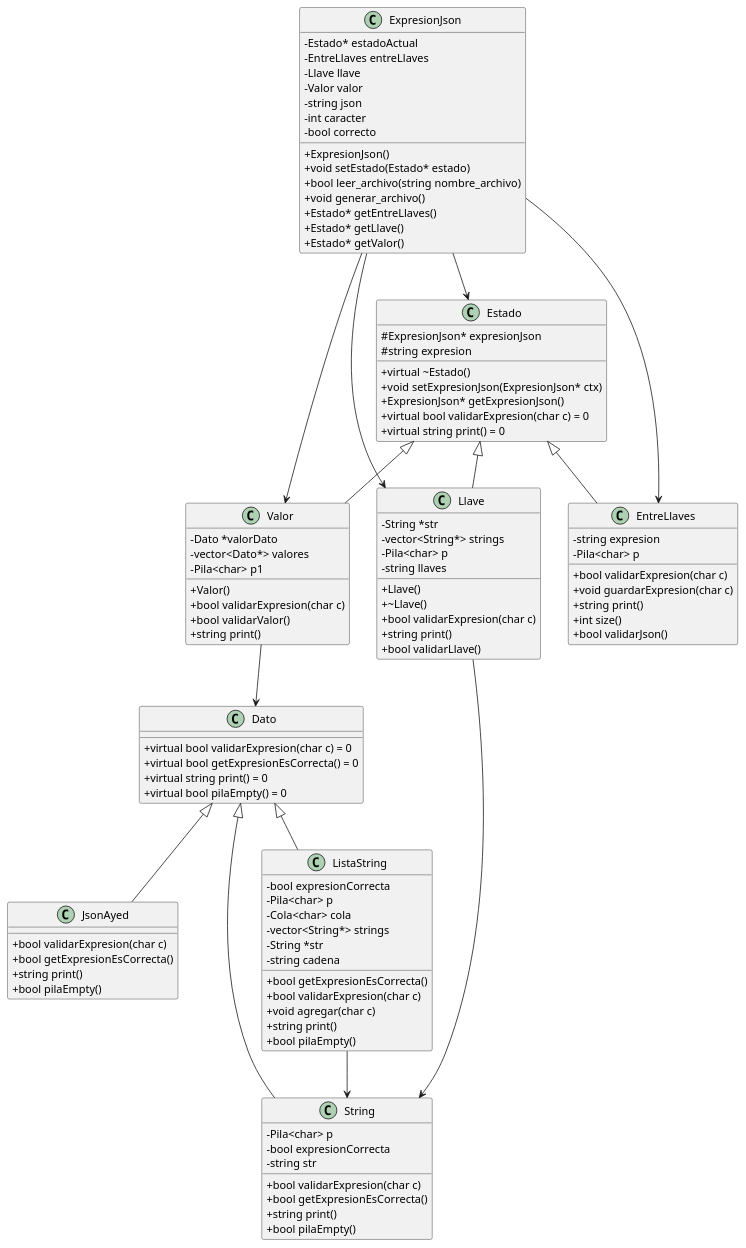
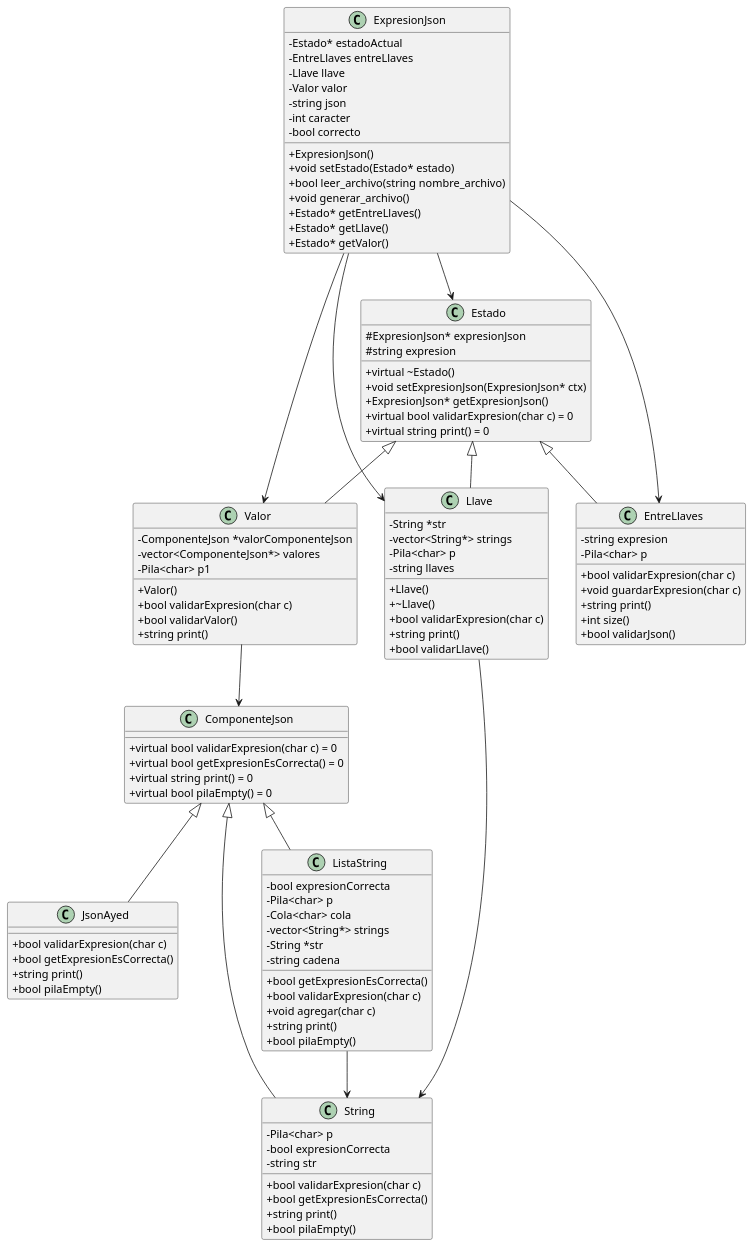
Before and after one commit to Fede108/Algoritmos-y-estructura-de-Datos: the diagram in Primer_Parcial/diagrama.puml, drawn with PlantUML. The commit also changed 15 other files, not shown here.

Commit message:
componente json

```diff
--- a/Primer_Parcial/diagrama.puml
+++ b/Primer_Parcial/diagrama.puml
@@ -1,114 +1,114 @@
 @startuml diagrama
 skinparam classAttributeIconSize 0
 
-class Dato {
+class ComponenteJson {
     +virtual bool validarExpresion(char c) = 0
     +virtual bool getExpresionEsCorrecta() = 0
     +virtual string print() = 0
     +virtual bool pilaEmpty() = 0
 }
 
 class JsonAyed {
     +bool validarExpresion(char c)
     +bool getExpresionEsCorrecta()
     +string print()
     +bool pilaEmpty()
 }
 
 class String {
     -Pila<char> p
     -bool expresionCorrecta
     -string str
     +bool validarExpresion(char c)
     +bool getExpresionEsCorrecta()
     +string print()
     +bool pilaEmpty()
 }
 
 class ListaString {
     -bool expresionCorrecta
     -Pila<char> p
     -Cola<char> cola
     -vector<String*> strings
     -String *str
     -string cadena
     +bool getExpresionEsCorrecta()
     +bool validarExpresion(char c)
     +void agregar(char c)
     +string print()
     +bool pilaEmpty()
 }
 
 class Estado {
     #ExpresionJson* expresionJson
     #string expresion
     +virtual ~Estado()
     +void setExpresionJson(ExpresionJson* ctx)
     +ExpresionJson* getExpresionJson()
     +virtual bool validarExpresion(char c) = 0
     +virtual string print() = 0
 }
 
 class EntreLlaves {
     -string expresion
     -Pila<char> p
     +bool validarExpresion(char c)
     +void guardarExpresion(char c)
     +string print()
     +int size()
     +bool validarJson()
 }
 
 class Llave {
     -String *str
     -vector<String*> strings
     -Pila<char> p
     -string llaves
     +Llave()
     +~Llave()
     +bool validarExpresion(char c)
     +string print()
     +bool validarLlave()
 }
 
 class Valor {
-    -Dato *valorDato
-    -vector<Dato*> valores
+    -ComponenteJson *valorComponenteJson
+    -vector<ComponenteJson*> valores
     -Pila<char> p1
     +Valor()
     +bool validarExpresion(char c)
     +bool validarValor()
     +string print()
 }
 
 class ExpresionJson {
     -Estado* estadoActual
     -EntreLlaves entreLlaves
     -Llave llave
     -Valor valor
     -string json
     -int caracter
     -bool correcto
     +ExpresionJson()
     +void setEstado(Estado* estado)
     +bool leer_archivo(string nombre_archivo)
     +void generar_archivo()
     +Estado* getEntreLlaves()
     +Estado* getLlave()
     +Estado* getValor()
 }
 
-Dato <|-- JsonAyed
-Dato <|-- String
-Dato <|-- ListaString
+ComponenteJson <|-- JsonAyed
+ComponenteJson <|-- String
+ComponenteJson <|-- ListaString
 Estado <|-- EntreLlaves
 Estado <|-- Llave
 Estado <|-- Valor
 ExpresionJson --> Estado
 ExpresionJson --> EntreLlaves
 ExpresionJson --> Llave
 ExpresionJson --> Valor
 ListaString --> String
 Llave --> String
-Valor --> Dato
+Valor --> ComponenteJson
 @enduml
```
